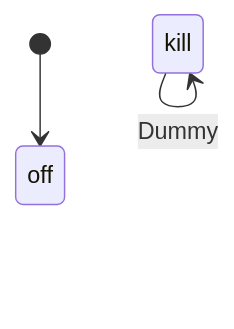
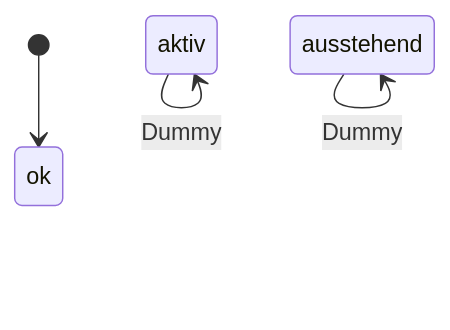
Before and after one commit to petermaerki/puenterswis_heizung_2023_git: the diagram in steuerung_automatik/zero-software/doc/statemachine_HsmLegionellen.md, drawn with Mermaid. The commit also changed 6 other files, not shown here.

````diff
--- a/steuerung_automatik/zero-software/doc/statemachine_HsmLegionellen.md
+++ b/steuerung_automatik/zero-software/doc/statemachine_HsmLegionellen.md
@@ -1,12 +1,16 @@
 ```mermaid
 stateDiagram-v2
-    kill: kill
-    state kill
-    kill --> kill: Dummy
+    aktiv: aktiv
+    state aktiv
+    aktiv --> aktiv: Dummy
 
-    off: off
-    state off
-    [*] --> off
+    ausstehend: ausstehend
+    state ausstehend
+    ausstehend --> ausstehend: Dummy
+
+    ok: ok
+    state ok
+    [*] --> ok
 
     %% Transitions
 ```
````
